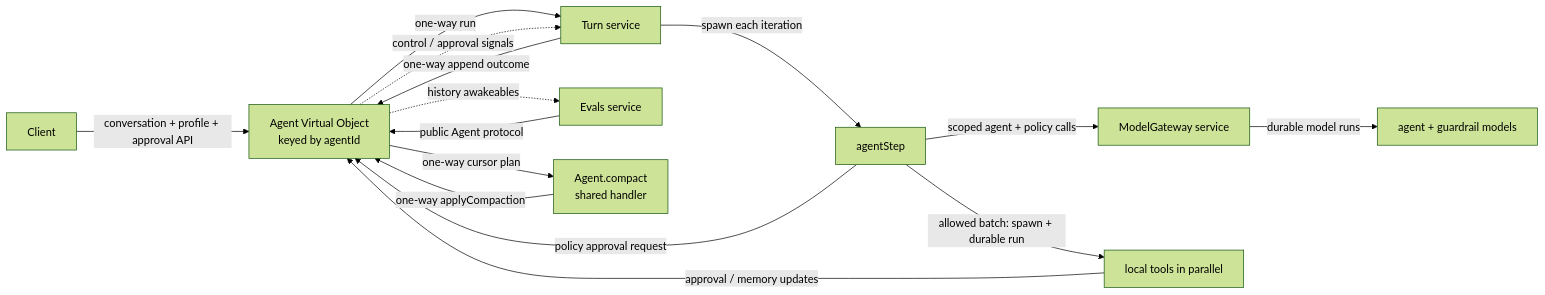
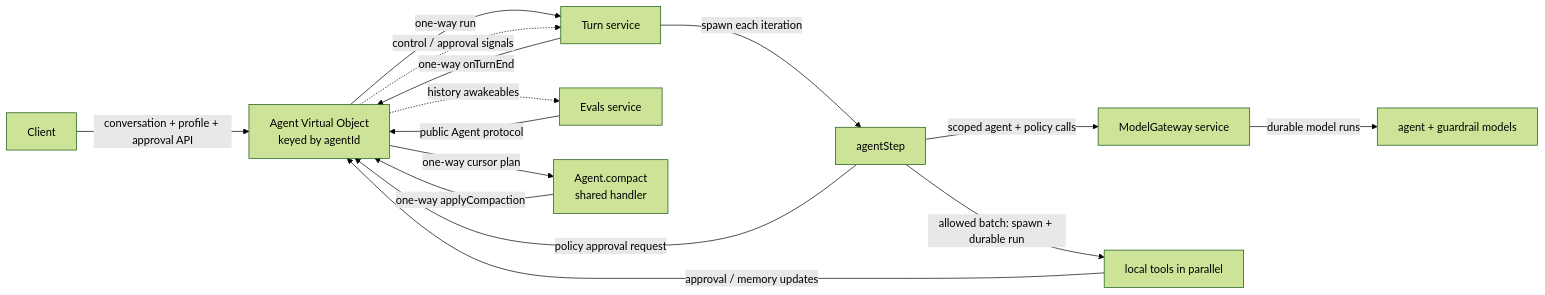
Before and after one commit to restatedev/agent: the diagram in README.md, drawn with Mermaid (forest theme). The commit also changed other lines of this file and 2 other files, not shown here.

Commit message:
refactor(example): name the turn completion callback

````diff
--- a/README.md
+++ b/README.md
@@ -72,17 +72,17 @@
 ```mermaid
 flowchart LR
   Client -->|"conversation + profile + approval API"| Agent["Agent Virtual Object\nkeyed by agentId"]
   Agent -->|"one-way run"| Turn["Turn service"]
   Agent -.->|"control / approval signals"| Turn
   Turn -->|"spawn each iteration"| Step["agentStep"]
   Step -->|"scoped agent + policy calls"| Gateway["ModelGateway service"]
   Gateway -->|"durable model runs"| Model["agent + guardrail models"]
   Step -->|"allowed batch: spawn + durable run"| Tools["local tools in parallel"]
   Step -->|"policy approval request"| Agent
   Tools -->|"approval / memory updates"| Agent
-  Turn -->|"one-way append outcome"| Agent
+  Turn -->|"one-way onTurnEnd"| Agent
   Eval["Evals service"] -->|"public Agent protocol"| Agent
   Agent -.->|"history awakeables"| Eval
   Agent -->|"one-way cursor plan"| Compactor["Agent.compact\nshared handler"]
   Compactor -->|"one-way applyCompaction"| Agent
 ```
````
